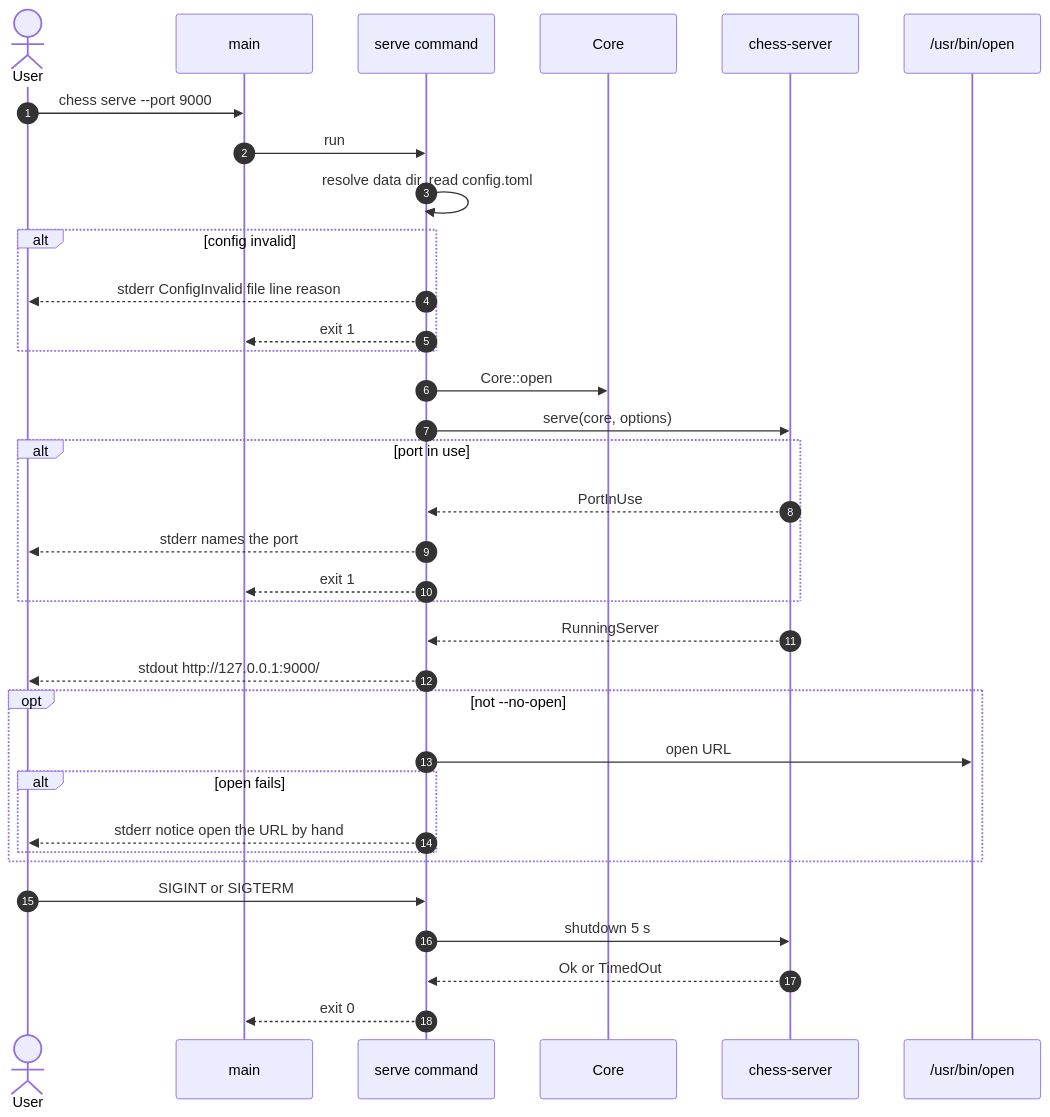
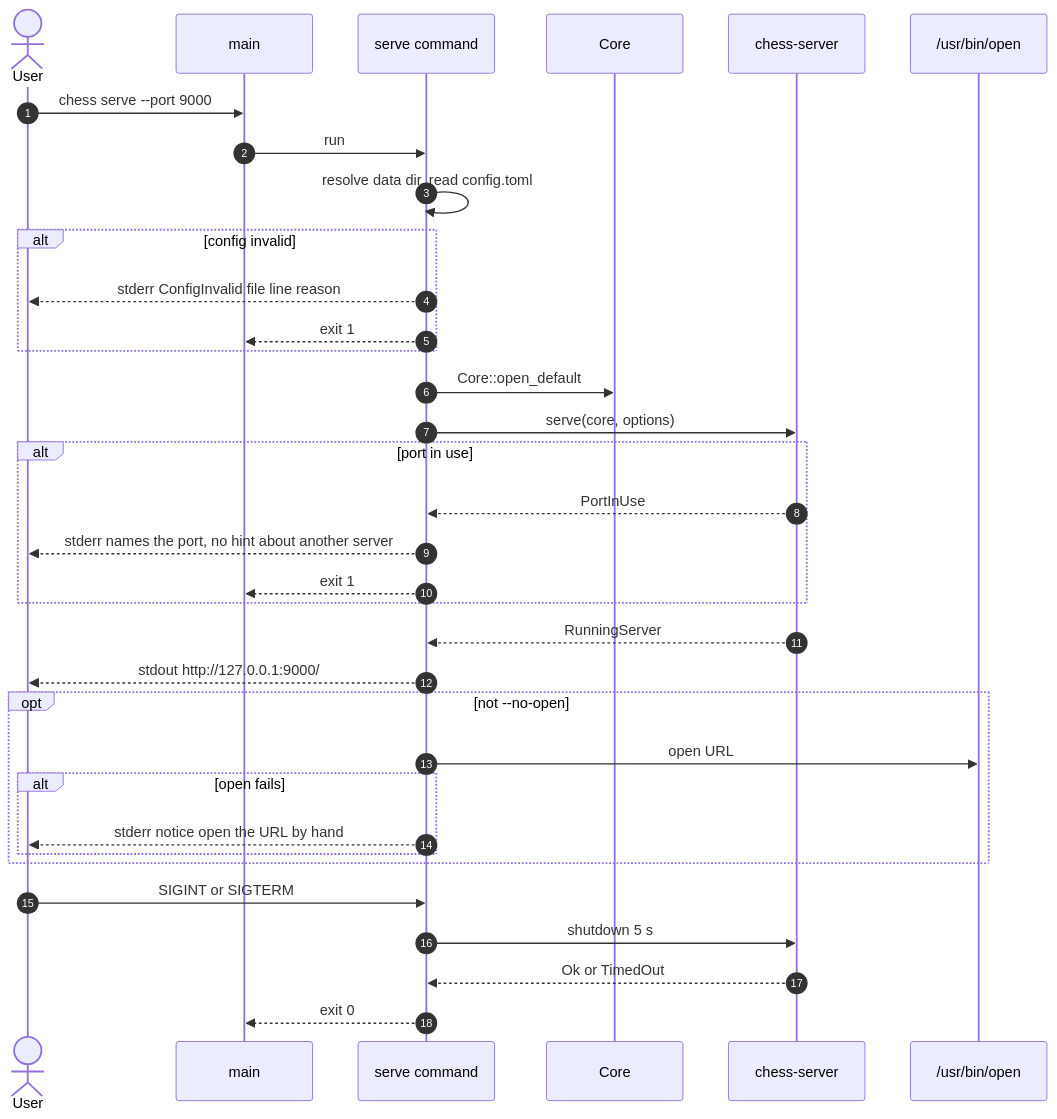
One commit to bprascher/chess changed the fifth of 7 diagrams in docs/design/SDD-chess-cli.md. Above: the diagram before and after it, drawn with Mermaid. The commit also changed other lines of this file and 17 other files, not shown here.

First line of the commit message:
Apply architecture addendum B and C to the SDDs and add the v0.4 consistency pass

````diff
--- a/docs/design/SDD-chess-cli.md
+++ b/docs/design/SDD-chess-cli.md
@@ -260,36 +274,36 @@
 ```mermaid
 sequenceDiagram
     autonumber
     actor U as User
     participant M as main
     participant S as serve command
     participant C as Core
     participant W as chess-server
     participant O as /usr/bin/open
     U->>M: chess serve --port 9000
     M->>S: run
     S->>S: resolve data dir, read config.toml
     alt config invalid
         S-->>U: stderr ConfigInvalid file line reason
         S-->>M: exit 1
     end
-    S->>C: Core::open
+    S->>C: Core::open_default
     S->>W: serve(core, options)
     alt port in use
         W-->>S: PortInUse
-        S-->>U: stderr names the port
+        S-->>U: stderr names the port, no hint about another server
         S-->>M: exit 1
     end
     W-->>S: RunningServer
     S-->>U: stdout http://127.0.0.1:9000/
     opt not --no-open
         S->>O: open URL
         alt open fails
             S-->>U: stderr notice open the URL by hand
         end
     end
     U->>S: SIGINT or SIGTERM
     S->>W: shutdown 5 s
     W-->>S: Ok or TimedOut
     S-->>M: exit 0
 ```
````
